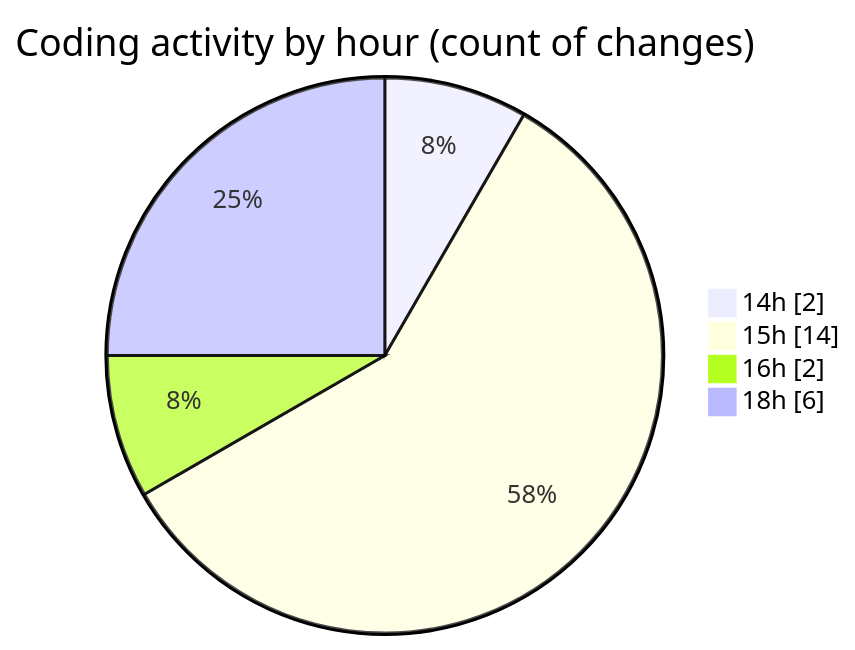
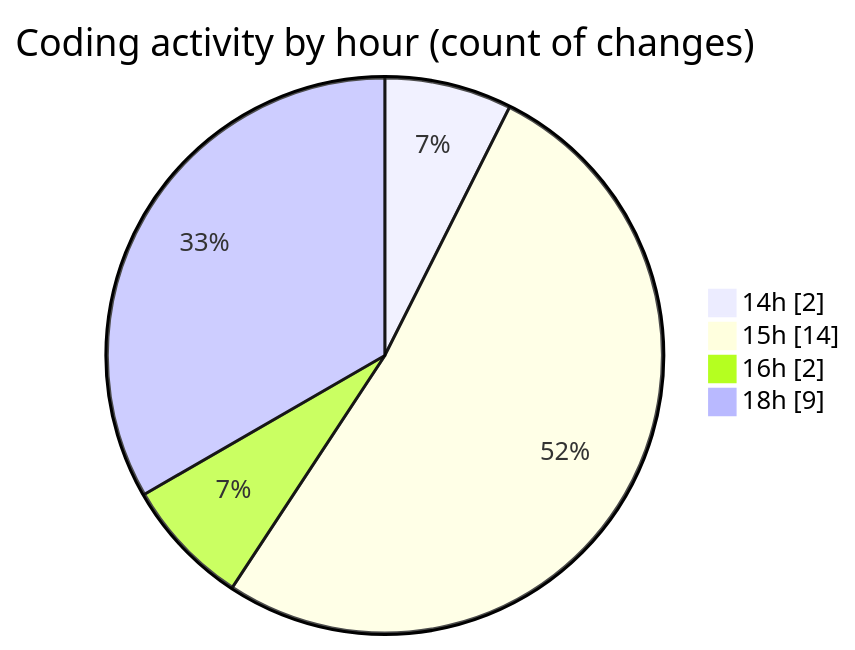
One commit to Netris89/code-tracking changed the second of 2 diagrams in 2025-03-21/back-end/README.md. Above: the diagram before and after it, drawn with Mermaid. The commit also changed other lines of this file and 1 other file, not shown here.

````diff
--- a/2025-03-21/back-end/README.md
+++ b/2025-03-21/back-end/README.md
@@ -29,8 +29,8 @@
 ```mermaid
 pie showData
 title Coding activity by hour (count of changes)
 "14h" : 2
 "15h" : 14
 "16h" : 2
-"18h" : 6
+"18h" : 9
 ```
````
